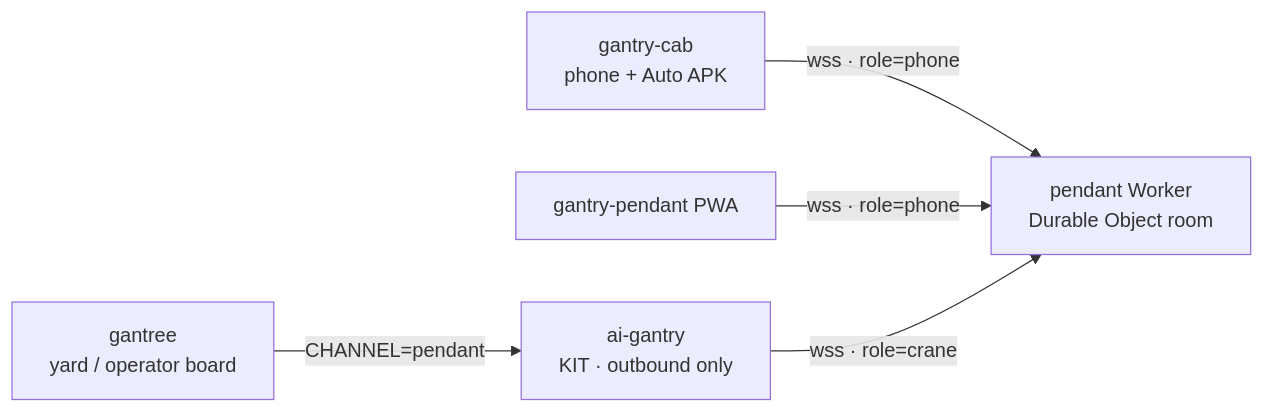
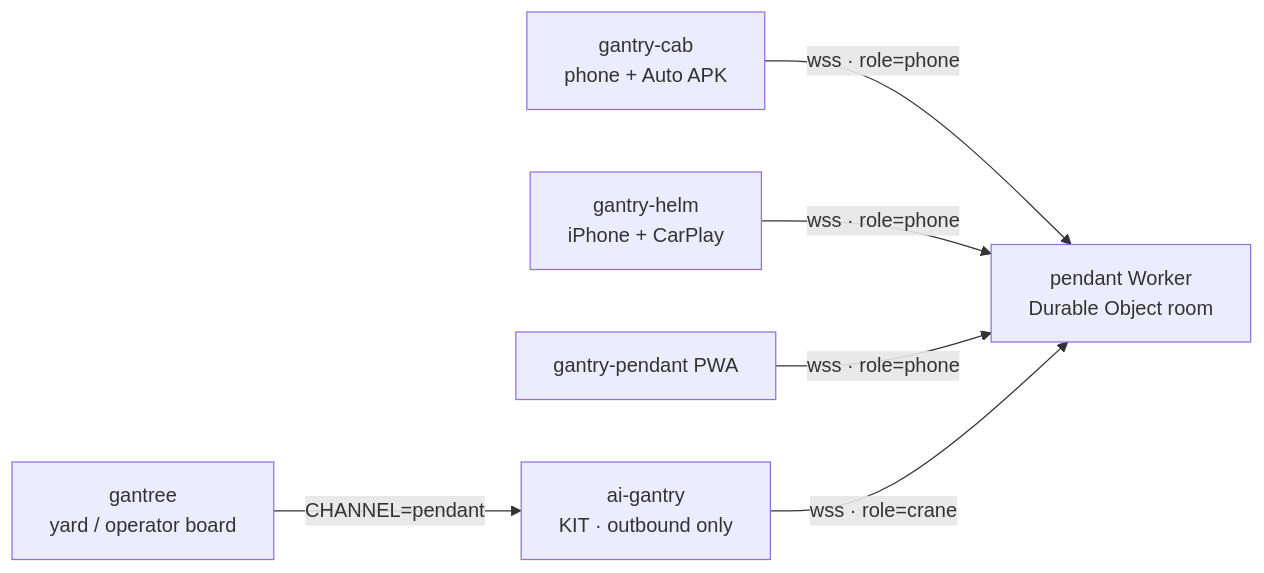
One commit to shotah/gantry-cab changed the diagram in README.md. Above: the diagram before and after it, drawn with Mermaid. The commit also changed other lines of this file and 5 other files, not shown here.

````diff
--- a/README.md
+++ b/README.md
@@ -34,13 +37,15 @@
 ```mermaid
 flowchart LR
   Cab["gantry-cab<br/>phone + Auto APK"]
+  Helm["gantry-helm<br/>iPhone + CarPlay"]
   PWA["gantry-pendant PWA"]
   Mailbox["pendant Worker<br/>Durable Object room"]
   Crane["ai-gantry<br/>KIT · outbound only"]
   Yard["gantree<br/>yard / operator board"]
 
   Cab -->|"wss · role=phone"| Mailbox
+  Helm -->|"wss · role=phone"| Mailbox
   PWA -->|"wss · role=phone"| Mailbox
   Crane -->|"wss · role=crane"| Mailbox
   Yard -->|"CHANNEL=pendant"| Crane
 ```
````
